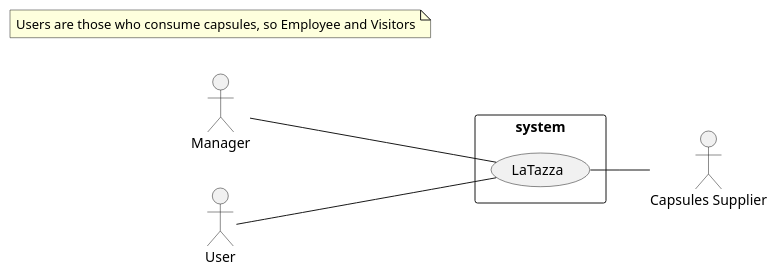
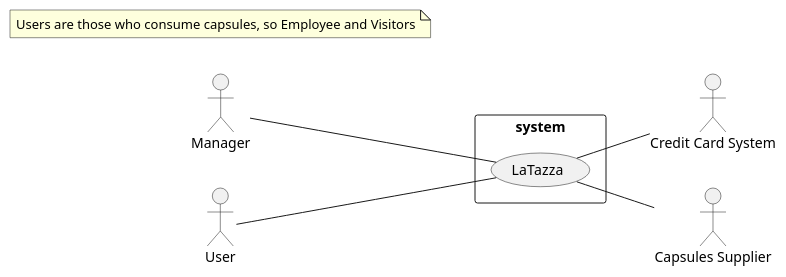
The first of 4 diagrams in templates/RequirementsTemplate.md (SimoneDutto/LaTazza), drawn with PlantUML before and after one commit. The commit also changed other lines of this file, not shown here.

````diff
--- a/templates/RequirementsTemplate.md
+++ b/templates/RequirementsTemplate.md
@@ -40,16 +41,18 @@
 ```plantuml
 left to right direction
 skinparam packageStyle rectangle
 
 Actor Manager as m
 Actor User as u
+Actor "Credit Card System" as cc
 Actor "Capsules Supplier" as cs
 
 rectangle system {
   (LaTazza) as lt
   m -- lt
   u -- lt
+  lt -- cc
   lt -- cs
 }
 note "Users are those who consume capsules, so Employee and Visitors" as n
 ```
````
